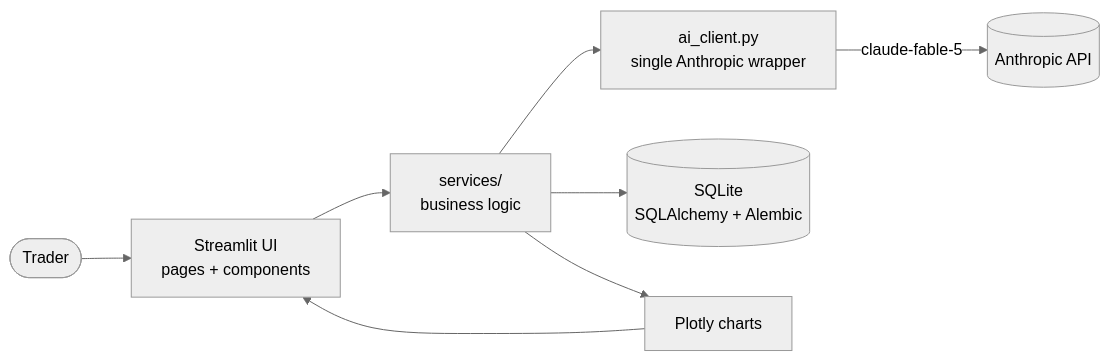
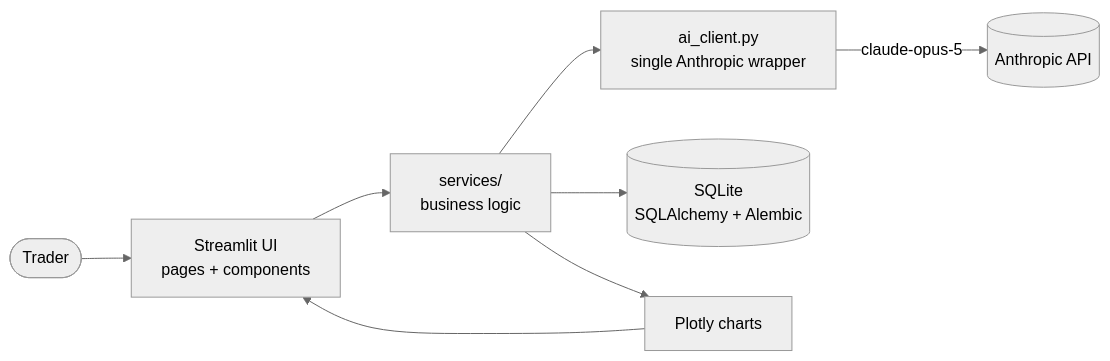
One commit to AyoubA05/tradelens-ai changed the diagram in README.md. Above: the diagram before and after it, drawn with Mermaid (neutral theme). The commit also changed other lines of this file and 15 other files, not shown here.

Commit message:
chore(ai): route all features through Claude Opus 5

````diff
--- a/README.md
+++ b/README.md
@@ -35,10 +35,10 @@
 ```mermaid
 flowchart LR
     User([Trader]) --> UI["Streamlit UI<br/>pages + components"]
     UI --> SVC["services/<br/>business logic"]
     SVC --> AIC["ai_client.py<br/>single Anthropic wrapper"]
-    AIC -->|claude-fable-5| API[(Anthropic API)]
+    AIC -->|claude-opus-5| API[(Anthropic API)]
     SVC --> DB[("SQLite<br/>SQLAlchemy + Alembic")]
     SVC --> CHARTS["Plotly charts"]
     CHARTS --> UI
 ```
````
